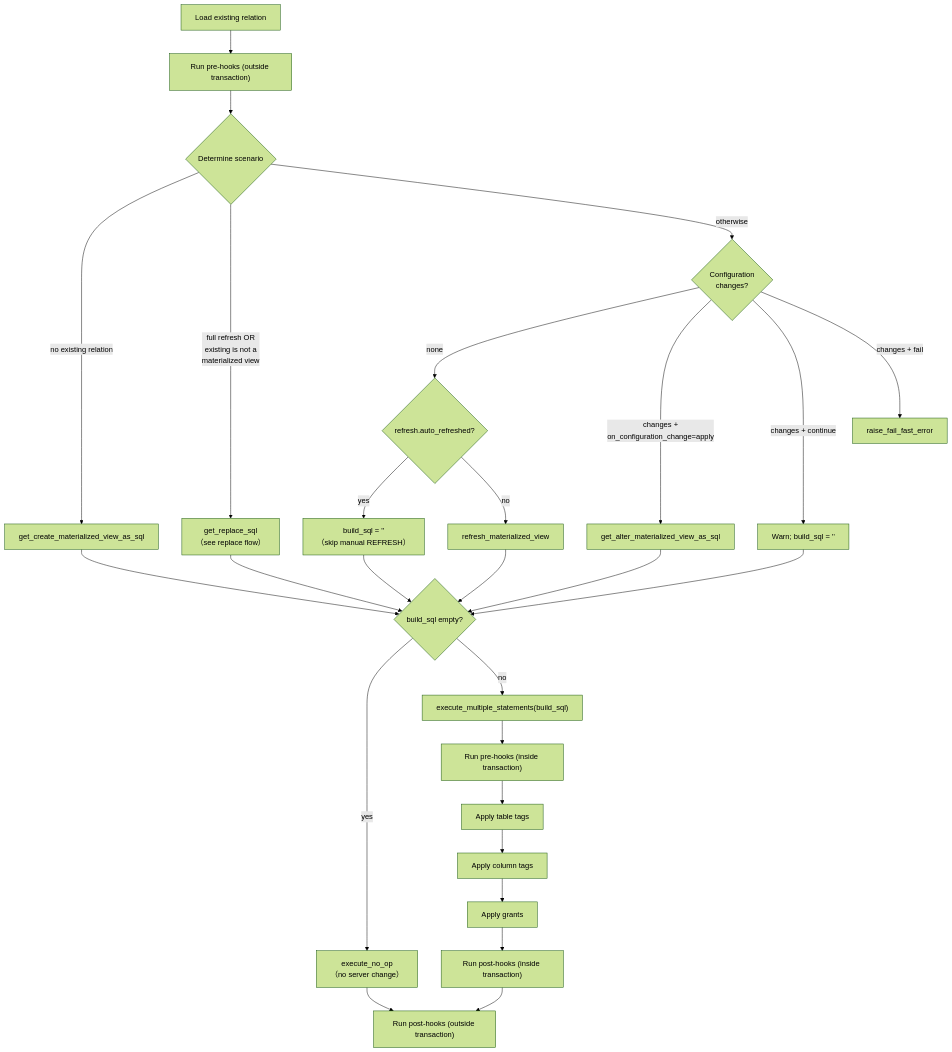
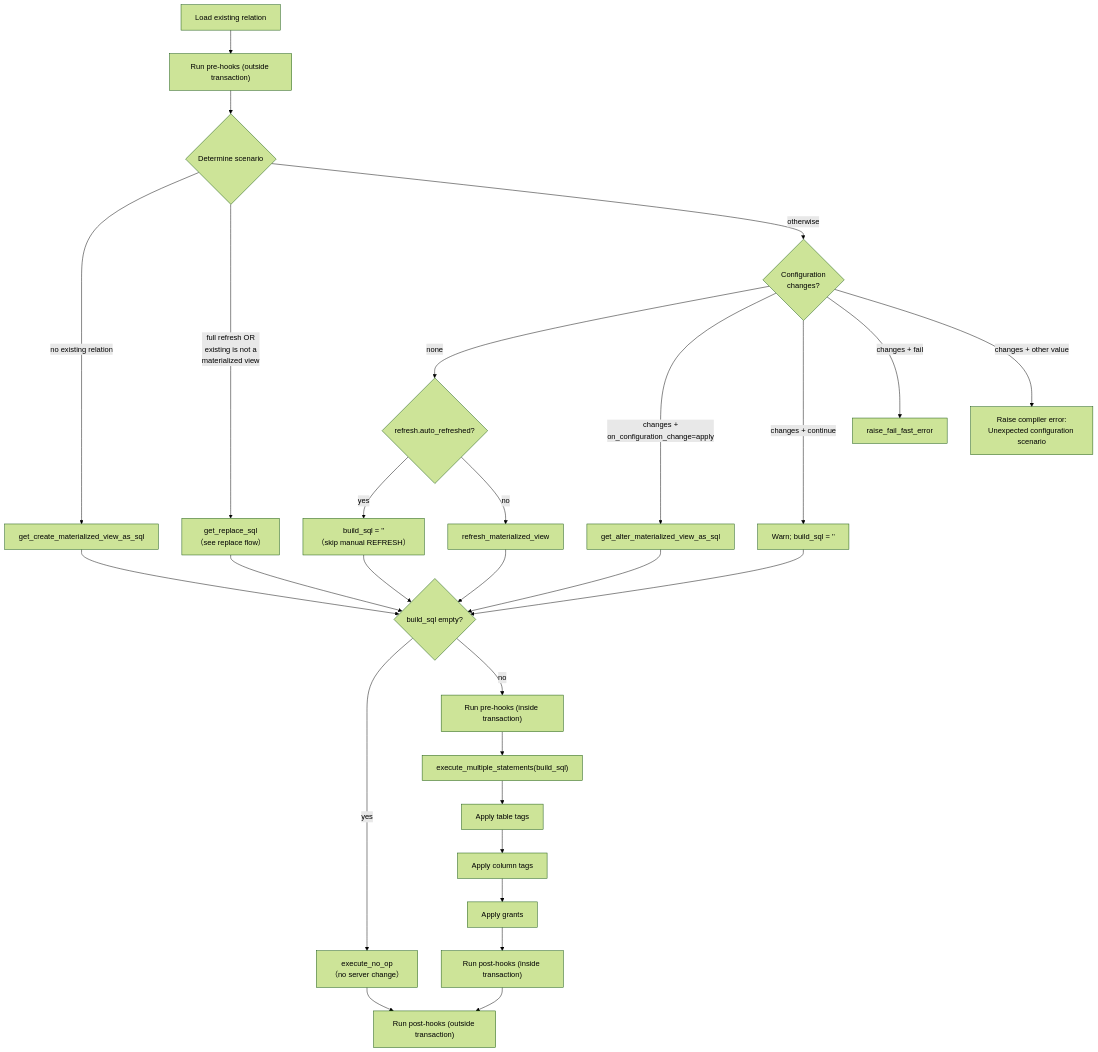
Before and after one commit to databricks/dbt-databricks: the diagram in docs/flow/materialized_view_flow.md, drawn with Mermaid (forest theme). The commit also changed 8 other files, not shown here.

Commit message:
docs: correct materialization flow diagrams

````diff
--- a/docs/flow/materialized_view_flow.md
+++ b/docs/flow/materialized_view_flow.md
@@ -15,35 +15,35 @@
 ```mermaid
 flowchart TD
     START[Load existing relation] --> PRE["Run pre-hooks (outside transaction)"]
     PRE --> DECIDE{Determine scenario}
 
     DECIDE -- "no existing relation" --> CREATE[get_create_materialized_view_as_sql]
     DECIDE -- "full refresh OR\nexisting is not a\nmaterialized view" --> REPLACE[get_replace_sql\n（see replace flow）]
     DECIDE -- "otherwise" --> CFG{Configuration\nchanges?}
 
     CFG -- "none" --> AUTO{refresh.auto_refreshed?}
     AUTO -- yes --> NOOPSQL[build_sql = ''\n（skip manual REFRESH）]
     AUTO -- no --> REFRESH[refresh_materialized_view]
 
     CFG -- "changes +\non_configuration_change=apply" --> ALTER[get_alter_materialized_view_as_sql]
     CFG -- "changes + continue" --> WARN[Warn; build_sql = '']
     CFG -- "changes + fail" --> FAIL[raise_fail_fast_error]
+    CFG -- "changes + other value" --> INVALID["Raise compiler error:<br/>Unexpected configuration scenario"]
 
     CREATE --> CHECK
     REPLACE --> CHECK
     REFRESH --> CHECK
     ALTER --> CHECK
     NOOPSQL --> CHECK
     WARN --> CHECK
     CHECK{build_sql empty?}
     CHECK -- yes --> NOOP[execute_no_op\n（no server change）]
-    CHECK -- no --> EXEC["execute_multiple_statements(build_sql)"]
-
-    EXEC --> INTX["Run pre-hooks (inside transaction)"]
-    INTX --> TAGS[Apply table tags]
+    CHECK -- no --> INTX["Run pre-hooks (inside transaction)"]
+    INTX --> EXEC["execute_multiple_statements(build_sql)"]
+    EXEC --> TAGS[Apply table tags]
     TAGS --> COLTAGS[Apply column tags]
     COLTAGS --> GRANTS[Apply grants]
     GRANTS --> POSTIN["Run post-hooks (inside transaction)"]
     NOOP --> POSTOUT
     POSTIN --> POSTOUT["Run post-hooks (outside transaction)"]
 ```
````
